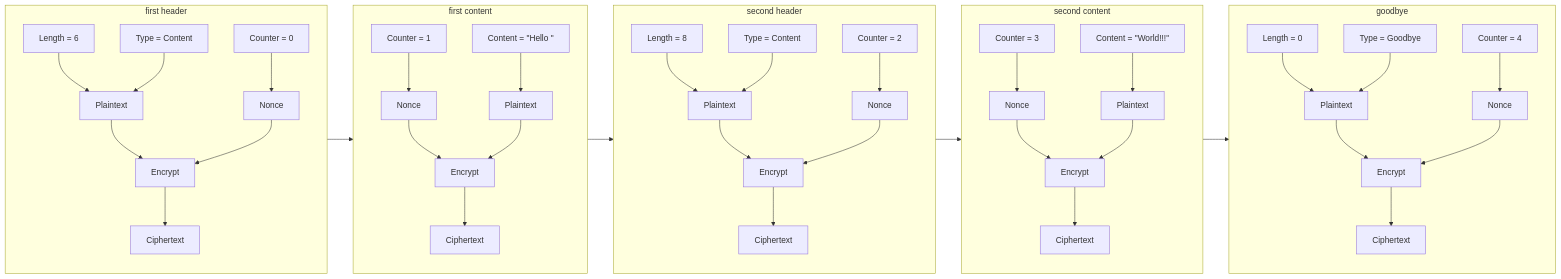
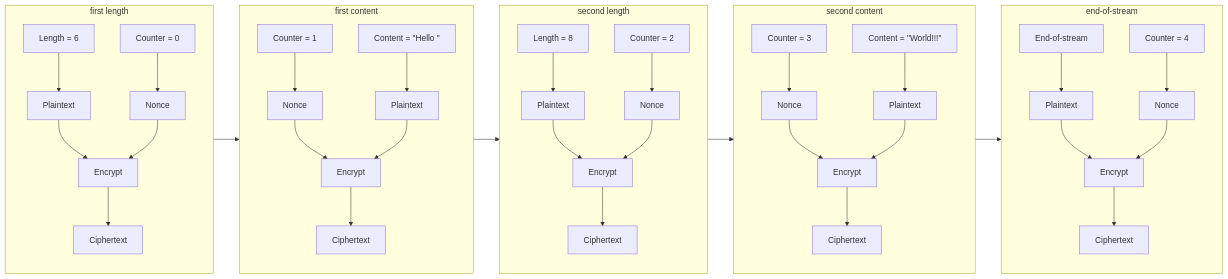
Before and after one commit to ahdinosaur/secret-channel: the diagram in README.md, drawn with Mermaid. The commit also changed other lines of this file and 2 other files, not shown here.

Commit message:
Zero length is end-of-stream (#2)

````diff
--- a/README.md
+++ b/README.md
@@ -39,70 +39,64 @@
 ```mermaid
 flowchart LR
-    h0 --> c1 --> h2 --> c3 --> g4
+    l0 --> c1 --> l2 --> c3 --> eos4
 
-    subgraph h0 [first header]
+    subgraph l0 [first length]
         direction TB
         P0["Plaintext"]
         Ek0["Encrypt"]
         Ci0["Ciphertext"]
         P0 --> Ek0 --> Ci0
 
         Co0["Counter = 0"] --> N0
         N0["Nonce"] --> Ek0
-
         L0["Length = 6"] --> P0
-        T0["Type = Content"] --> P0
     end
 
     subgraph c1 [first content]
         direction TB
         P1["Plaintext"]
         Ek1["Encrypt"]
         Ci1["Ciphertext"]
 
         Co1["Counter = 1"] --> N1
         N1["Nonce"] --> Ek1
         L1["Content = #quot;Hello #quot;"] --> P1
         P1 --> Ek1 --> Ci1
     end
 
-    subgraph h2 [second header]
+    subgraph l2 [second length]
         direction TB
         P2["Plaintext"]
         Ek2["Encrypt"]
         Ci2["Ciphertext"]
         P2 --> Ek2 --> Ci2
 
         Co2["Counter = 2"] --> N2
         N2["Nonce"] --> Ek2
-
         L2["Length = 8"] --> P2
-        T2["Type = Content"] --> P2
     end
 
     subgraph c3 [second content]
         direction TB
         P3["Plaintext"]
         Ek3["Encrypt"]
         Ci3["Ciphertext"]
 
         Co3["Counter = 3"] --> N3
         N3["Nonce"] --> Ek3
         L3["Content = #quot;World!!!#quot;"] --> P3
         P3 --> Ek3 --> Ci3
     end
 
-    subgraph g4 [goodbye]
+    subgraph eos4 [end-of-stream]
         direction TB
         P4["Plaintext"]
         Ek4["Encrypt"]
         Ci4["Ciphertext"]
         P4 --> Ek4 --> Ci4
 
         Co4["Counter = 4"] --> N4
         N4["Nonce"] --> Ek4
-
-        L4["Length = 0"] --> P4
-        T4["Type = Goodbye"] --> P4
+        L4["End-of-stream"] --> P4
     end
 ```
````
